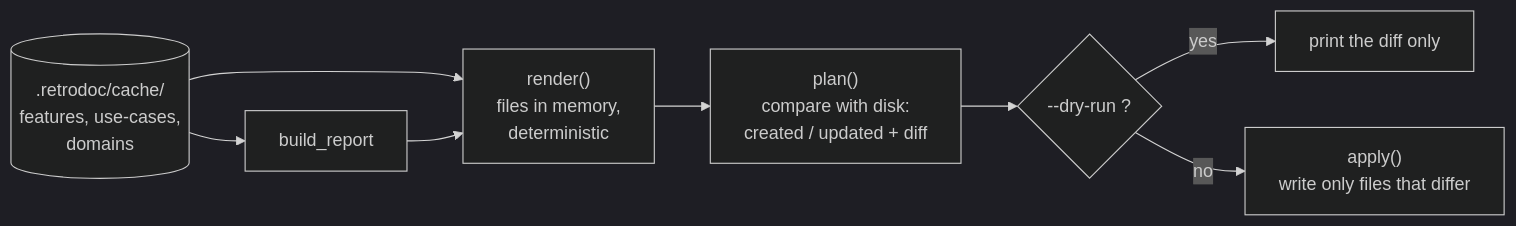
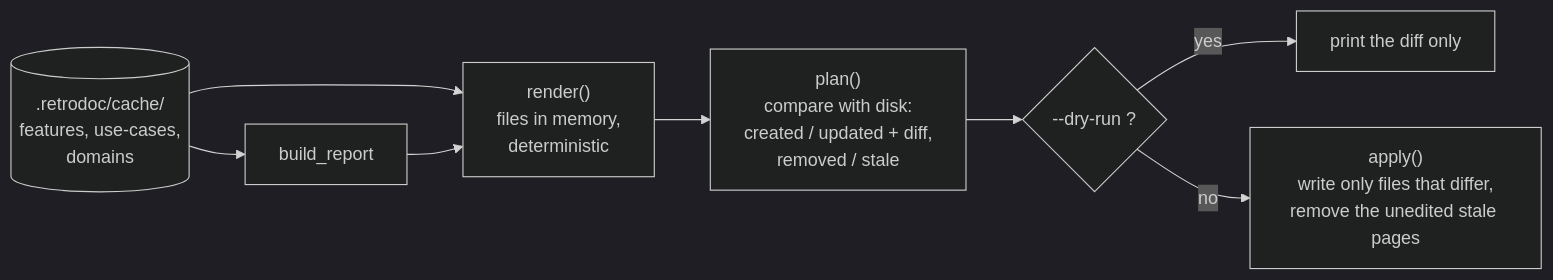
One commit to Electron-libre/RetroDoc changed the seventh of 9 diagrams in docs/ARCHITECTURE.md. Above: the diagram before and after it, drawn with Mermaid (dark theme). The commit also changed other lines of this file and 10 other files, not shown here.

````diff
--- a/docs/ARCHITECTURE.md
+++ b/docs/ARCHITECTURE.md
@@ -227,10 +227,10 @@
 ```mermaid
 flowchart LR
     art[(".retrodoc/cache/<br/>features, use-cases,<br/>domains")] --> rpt["build_report"]
     art --> rnd["render()<br/>files in memory,<br/>deterministic"]
     rpt --> rnd
-    rnd --> pl["plan()<br/>compare with disk:<br/>created / updated + diff"]
+    rnd --> pl["plan()<br/>compare with disk:<br/>created / updated + diff,<br/>removed / stale"]
     pl --> dry{"--dry-run ?"}
     dry -- yes --> show["print the diff only"]
-    dry -- no --> app["apply()<br/>write only files that differ"]
+    dry -- no --> app["apply()<br/>write only files that differ,<br/>remove the unedited stale pages"]
 ```
````
